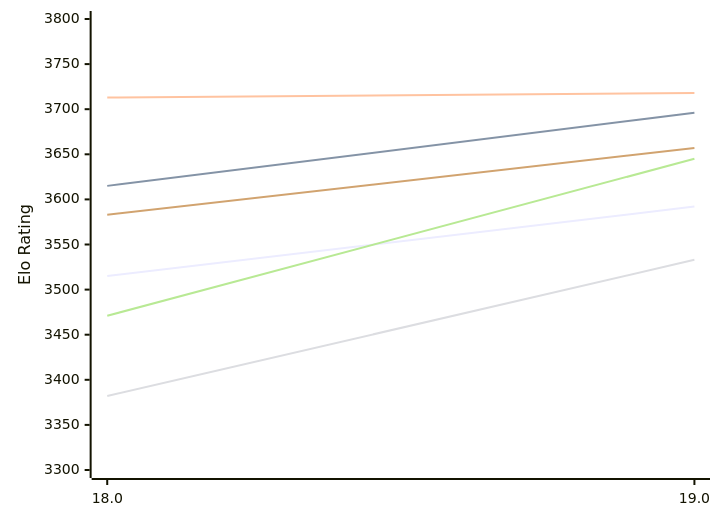
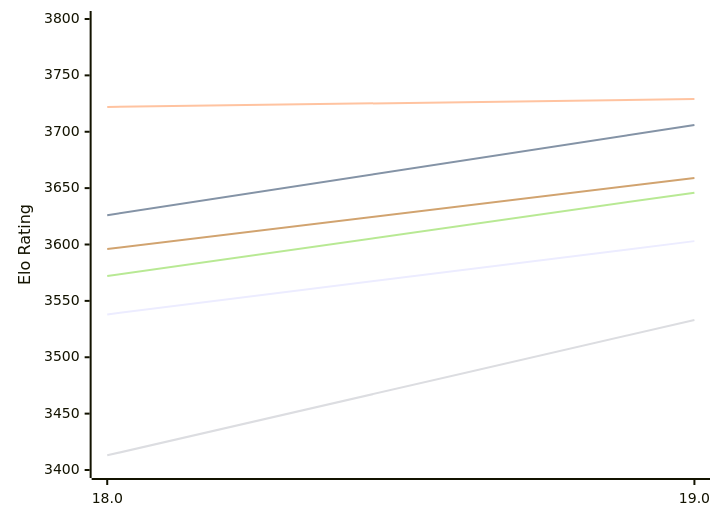
The first of 2 diagrams in engines/Stockfish.md (computer-chess-index/cci), drawn with Mermaid before and after one commit. The commit also changed other lines of this file, not shown here.

Commit message:
Update CCI Ratings (ELO VLTC) - 2026-11-16

````diff
--- a/engines/Stockfish.md
+++ b/engines/Stockfish.md
@@ -64,12 +64,12 @@
 ```mermaid
 %%{init: {"theme":"base","themeVariables":{"seriesColors:['#a3a3a3','#222221','#faa371']}}}%%
 xychart-beta
   x-axis ["18.0", "19.0"]
-  y-axis "Elo Rating" 3300 --> 3800
-  line "E1: STC (8.0+0.08s)" [3515, 3592]
-  line "E1: LTC (60.0+0.60s)" [3615, 3696]
-  line "E1: VLTC (2m24s+1.12s)" [3713, 3718]
-  line "P1: STC (8.0+0.08s)" [3382, 3533]
-  line "P1: LTC (60.0+0.60s)" [3471, 3645]
-  line "P1: VLTC (2m24s+1.12s)" [3583, 3657]
+  y-axis "Elo Rating" 3400 --> 3800
+  line "E1: STC (8.0+0.08s)" [3538, 3603]
+  line "E1: LTC (60.0+0.60s)" [3626, 3706]
+  line "E1: VLTC (2m24s+1.12s)" [3722, 3729]
+  line "P1: STC (8.0+0.08s)" [3413, 3533]
+  line "P1: LTC (60.0+0.60s)" [3572, 3646]
+  line "P1: VLTC (2m24s+1.12s)" [3596, 3659]
 ```
````
